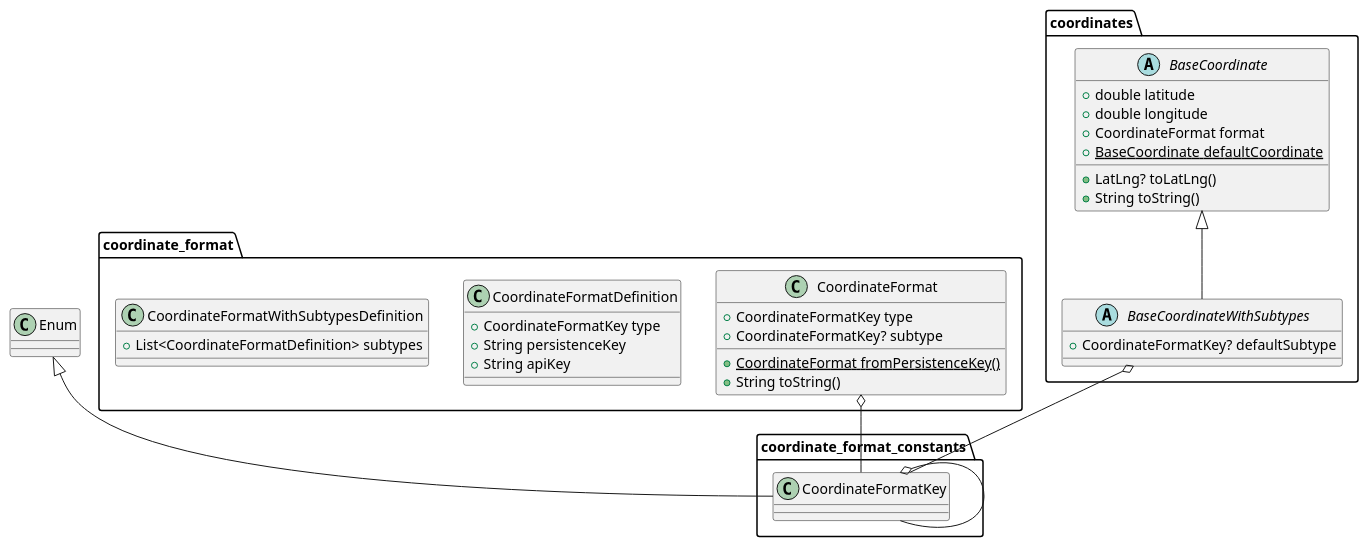
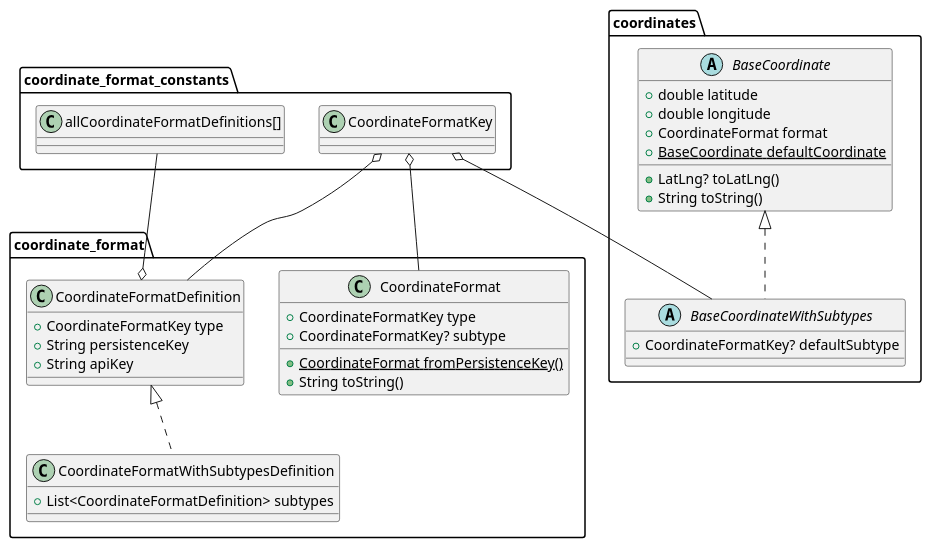
One commit to S-Man42/GCWizard changed the diagram in lib/tools/coords/_common/logic/coordinates.puml. Above: the diagram before and after it, drawn with PlantUML. The commit also changed 1 other file, not shown here.

```diff
--- a/lib/tools/coords/_common/logic/coordinates.puml
+++ b/lib/tools/coords/_common/logic/coordinates.puml
@@ -1,47 +1,45 @@
 @startuml
 'https://plantuml.com/sequence-diagram
 
 class "coordinate_format.CoordinateFormat" {
   +CoordinateFormatKey type
   +CoordinateFormatKey? subtype
   {static} +CoordinateFormat fromPersistenceKey()
   +String toString()
 }
 
 class "coordinate_format.CoordinateFormatDefinition" {
   +CoordinateFormatKey type
   +String persistenceKey
   +String apiKey
 }
 
 class "coordinate_format.CoordinateFormatWithSubtypesDefinition" {
   +List<CoordinateFormatDefinition> subtypes
 }
+"coordinate_format.CoordinateFormatDefinition" <|.. "coordinate_format.CoordinateFormatWithSubtypesDefinition"
+
 
 abstract class "coordinates.BaseCoordinate" {
   +double latitude
   +double longitude
   +CoordinateFormat format
   {static} +BaseCoordinate defaultCoordinate
   +LatLng? toLatLng()
   +String toString()
 }
 
 abstract class "coordinates.BaseCoordinateWithSubtypes" {
   +CoordinateFormatKey? defaultSubtype
 }
+"coordinates.BaseCoordinate" <|.. "coordinates.BaseCoordinateWithSubtypes"
 
-"coordinate_format_constants.CoordinateFormatKey" o-- "coordinate_format.CoordinateFormat.type"
-"coordinate_format_constants.CoordinateFormatKey" o-- "coordinate_format.CoordinateFormat.subtype"
+"coordinate_format_constants.CoordinateFormatKey" o-- "coordinate_format.CoordinateFormat"
+"coordinate_format_constants.CoordinateFormatKey" o-- "coordinate_format.CoordinateFormatDefinition"
+"coordinate_format_constants.CoordinateFormatKey" o-- "coordinates.BaseCoordinateWithSubtypes"
 
-
-"coordinates.BaseCoordinateWithSubtypes" o-- "coordinate_format_constants.CoordinateFormatKey"
-"coordinates.BaseCoordinate" <|-- "coordinates.BaseCoordinateWithSubtypes"
-"coordinate_format.CoordinateFormat" o-- "coordinate_format_constants.CoordinateFormatKey"
-
-"coordinate_format_constants.CoordinateFormatKey" o-- "coordinate_format_constants.CoordinateFormatKey"
-"Enum" <|-- "coordinate_format_constants.CoordinateFormatKey"
+"coordinate_format_constants.allCoordinateFormatDefinitions[]" --o "coordinate_format.CoordinateFormatDefinition"
 
 
 
 @enduml
```
